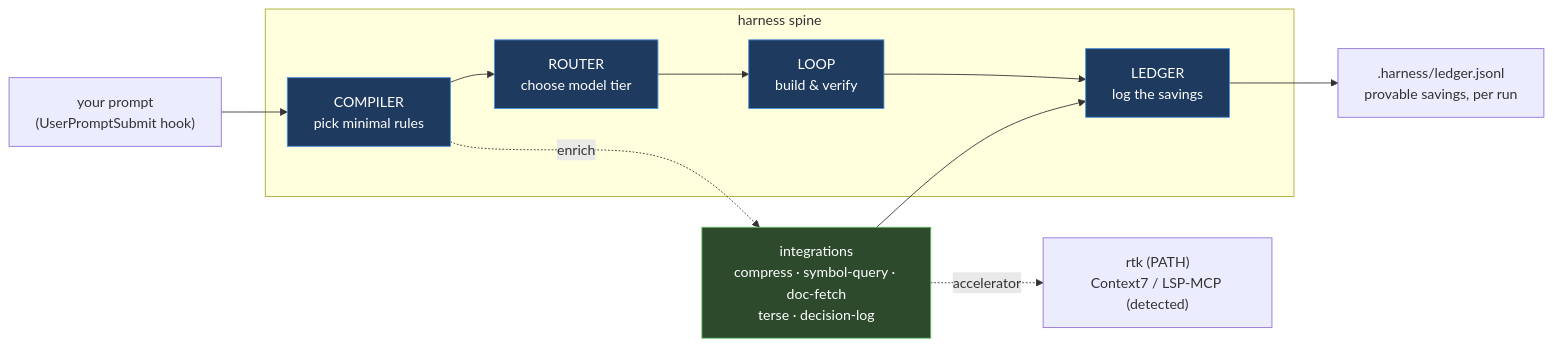
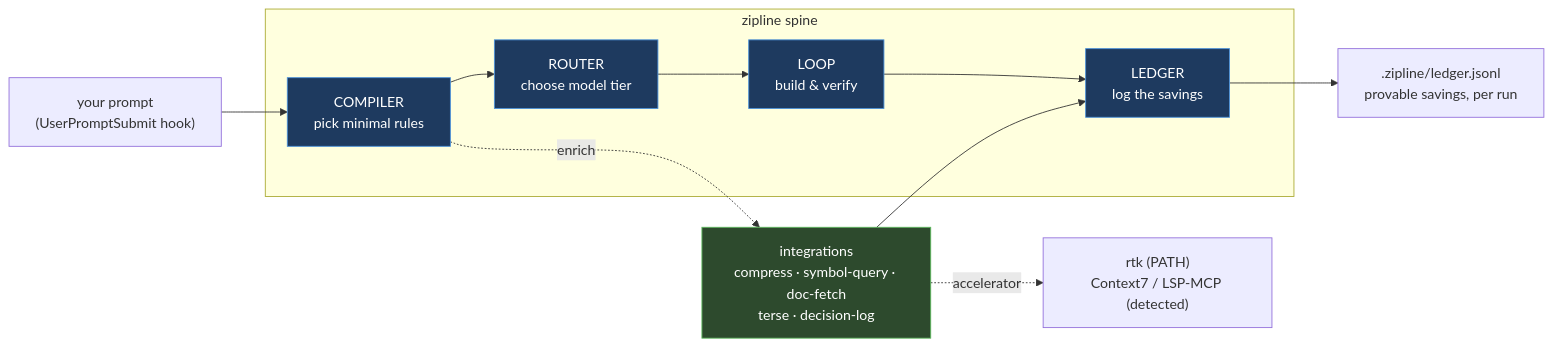
Before and after one commit to lcosent/claude0: the diagram in README.md, drawn with Mermaid. The commit also changed other lines of this file and 23 other files, not shown here.

````diff
--- a/README.md
+++ b/README.md
@@ -279,16 +279,16 @@
 ```mermaid
 flowchart LR
-    subgraph spine["harness spine"]
+    subgraph spine["zipline spine"]
         C["COMPILER<br/>pick minimal rules"] --> R["ROUTER<br/>choose model tier"] --> L["LOOP<br/>build & verify"] --> LG["LEDGER<br/>log the savings"]
     end
     P["your prompt<br/>(UserPromptSubmit hook)"] --> C
     C -.enrich.-> I["integrations<br/>compress · symbol-query · doc-fetch<br/>terse · decision-log"]
     I -.accelerator.-> X["rtk (PATH)<br/>Context7 / LSP-MCP (detected)"]
     I --> LG
-    LG --> S[".harness/ledger.jsonl<br/>provable savings, per run"]
+    LG --> S[".zipline/ledger.jsonl<br/>provable savings, per run"]
 
     classDef s fill:#1e3a5f,stroke:#4a90d9,color:#fff
     classDef i fill:#2d4a2d,stroke:#5cb85c,color:#fff
     class C,R,L,LG s
     class I i
 ```
````
